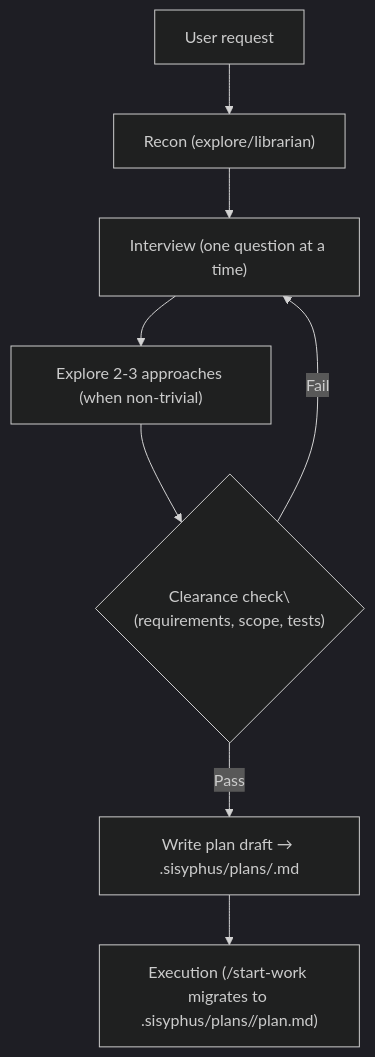
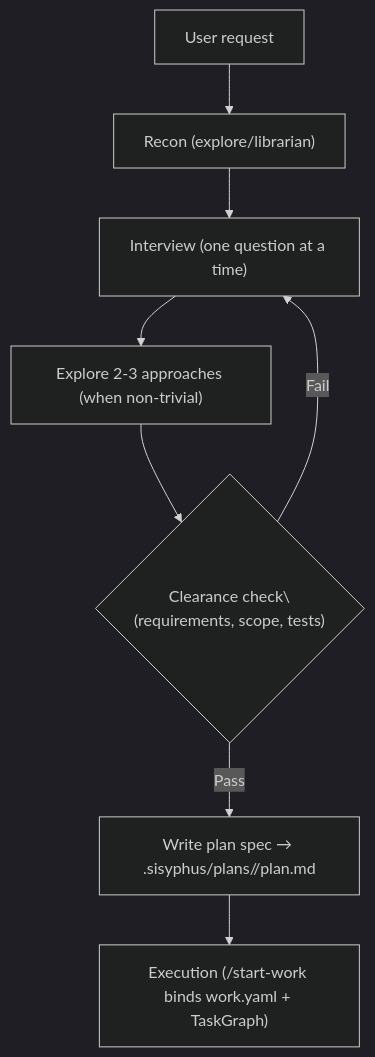
One commit to arcthur/oh-my-opencode changed the diagram in docs/journeys/prometheus-planning.md. Above: the diagram before and after it, drawn with Mermaid (dark theme). The commit also changed other lines of this file and 72 other files, not shown here.

````diff
--- a/docs/journeys/prometheus-planning.md
+++ b/docs/journeys/prometheus-planning.md
@@ -10,10 +10,10 @@
 ```mermaid
 flowchart TD
   U["User request"] --> R["Recon (explore/librarian)"]
   R --> Q["Interview (one question at a time)"]
   Q --> OPT["Explore 2-3 approaches (when non-trivial)"]
   OPT --> CLR{"Clearance check\\n(requirements, scope, tests)"}
-  CLR -->|Pass| PLAN["Write plan draft → .sisyphus/plans/<planId>.md"]
+  CLR -->|Pass| PLAN["Write plan spec → .sisyphus/plans/<planId>/plan.md"]
   CLR -->|Fail| Q
-  PLAN --> EXEC["Execution (/start-work migrates to .sisyphus/plans/<planId>/plan.md)"]
+  PLAN --> EXEC["Execution (/start-work binds work.yaml + TaskGraph)"]
 ```
````
